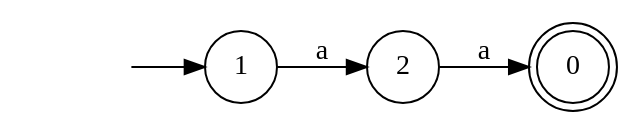
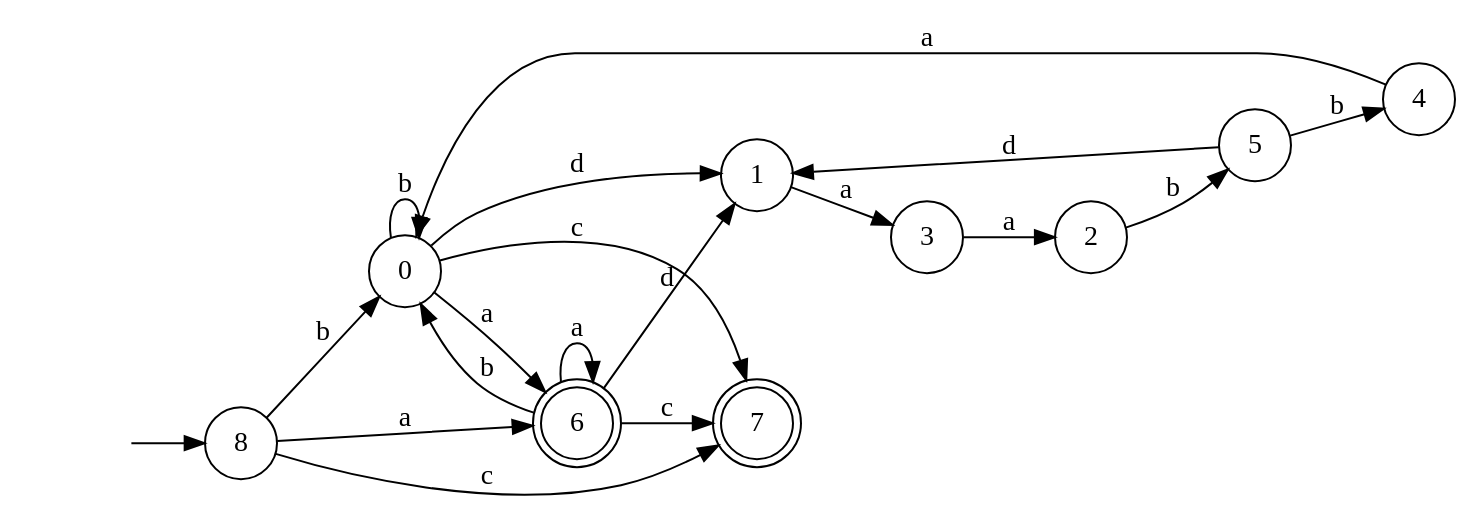
One commit to Faymiaouent/Automa4U changed the diagram in dotfiles/DFA11.dot. Above: the diagram before and after it, drawn with Graphviz. The commit also changed 44 other files, not shown here.

```diff
--- a/dotfiles/DFA11.dot
+++ b/dotfiles/DFA11.dot
@@ -1,10 +1,31 @@
 digraph Automaton {
   rankdir = LR;
-0 [shape=doublecircle]; 
+node [shape=circle];
+  0 -> 1 [label="d"];
+  0 -> 6 [label="a"];
+  0 -> 0 [label="b"];
+  0 -> 7 [label="c"];
+node [shape=circle];
+  1 -> 3 [label="a"];
+node [shape=circle];
+  2 -> 5 [label="b"];
+node [shape=circle];
+  3 -> 2 [label="a"];
+node [shape=circle];
+  4 -> 0 [label="a"];
+node [shape=circle];
+  5 -> 1 [label="d"];
+  5 -> 4 [label="b"];
+6 [shape=doublecircle]; 
+  6 -> 1 [label="d"];
+  6 -> 6 [label="a"];
+  6 -> 0 [label="b"];
+  6 -> 7 [label="c"];
+7 [shape=doublecircle]; 
 node [shape=circle];
   initial [shape=plaintext,label=""];
-  initial -> 1
-  1 -> 2 [label="a"];
-node [shape=circle];
-  2 -> 0 [label="a"];
+  initial -> 8
+  8 -> 6 [label="a"];
+  8 -> 0 [label="b"];
+  8 -> 7 [label="c"];
 }
```
